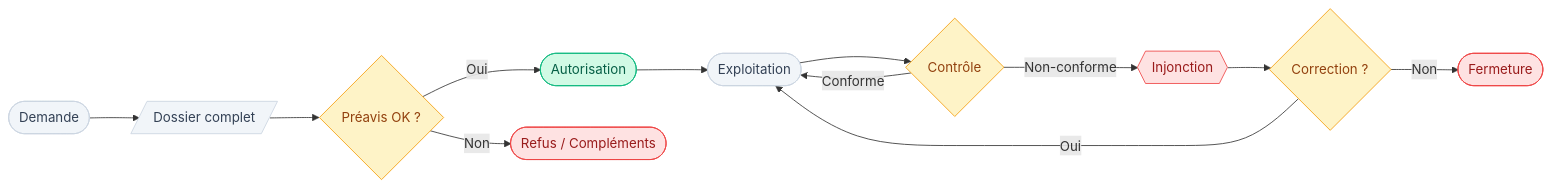
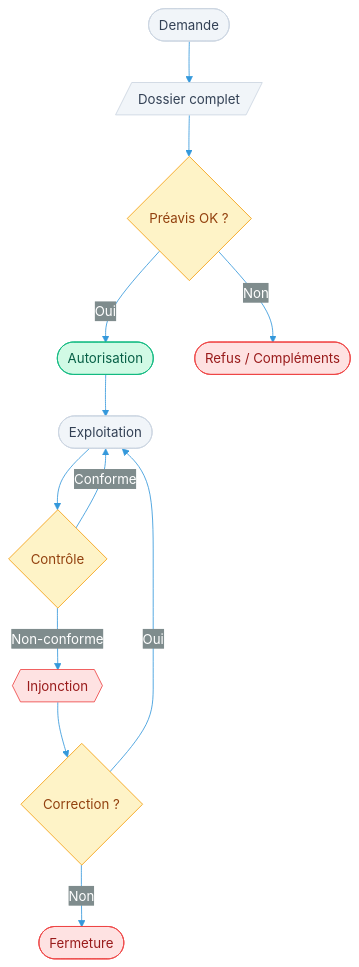
Before and after one commit to veritacm/veritaserum: the diagram in content/03_Autorisations/Autorisation_d_exploiter.md, drawn with Mermaid. The commit also changed 7 other files, not shown here.

````diff
--- a/content/03_Autorisations/Autorisation_d_exploiter.md
+++ b/content/03_Autorisations/Autorisation_d_exploiter.md
@@ -24,19 +24,20 @@
 ```mermaid
-flowchart LR
+flowchart TB
+%%{init: {'theme':'base', 'themeVariables': { 'primaryColor':'#2C3E50', 'primaryTextColor':'#fff', 'primaryBorderColor':'#7F8C8D', 'lineColor':'#3498DB', 'secondaryColor':'#7F8C8D', 'tertiaryColor':'#f4f4f4'}}}%%
   classDef ok fill:#d1fae5,color:#065f46,stroke:#10b981
   classDef ko fill:#fee2e2,color:#991b1b,stroke:#ef4444
   classDef process fill:#f1f5f9,color:#334155,stroke:#cbd5e1
   classDef decision fill:#fef3c7,color:#92400e,stroke:#f59e0b
 
   A(["Demande"]):::process --> B[/"Dossier complet"/]:::process
   B --> C{"Préavis OK ?"}:::decision
   C -->|"Oui"| D(["Autorisation"]):::ok
   C -->|"Non"| E(["Refus / Compléments"]):::ko
   D --> F(["Exploitation"]):::process
   F --> G{"Contrôle"}:::decision
   G -->|"Conforme"| F
   G -->|"Non-conforme"| H{{"Injonction"}}:::ko
   H --> I{"Correction ?"}:::decision
   I -->|"Oui"| F
   I -->|"Non"| J(["Fermeture"]):::ko
 ```
````
